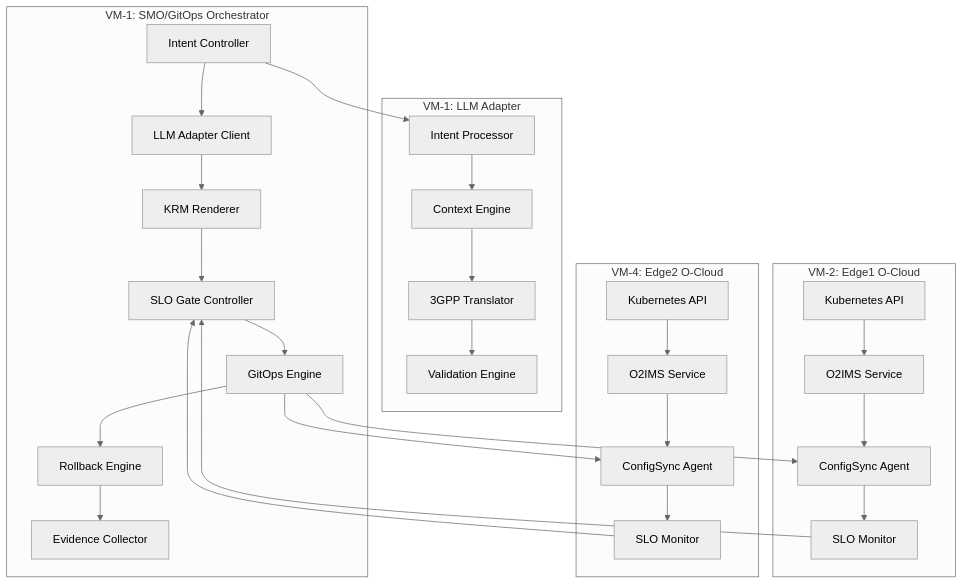
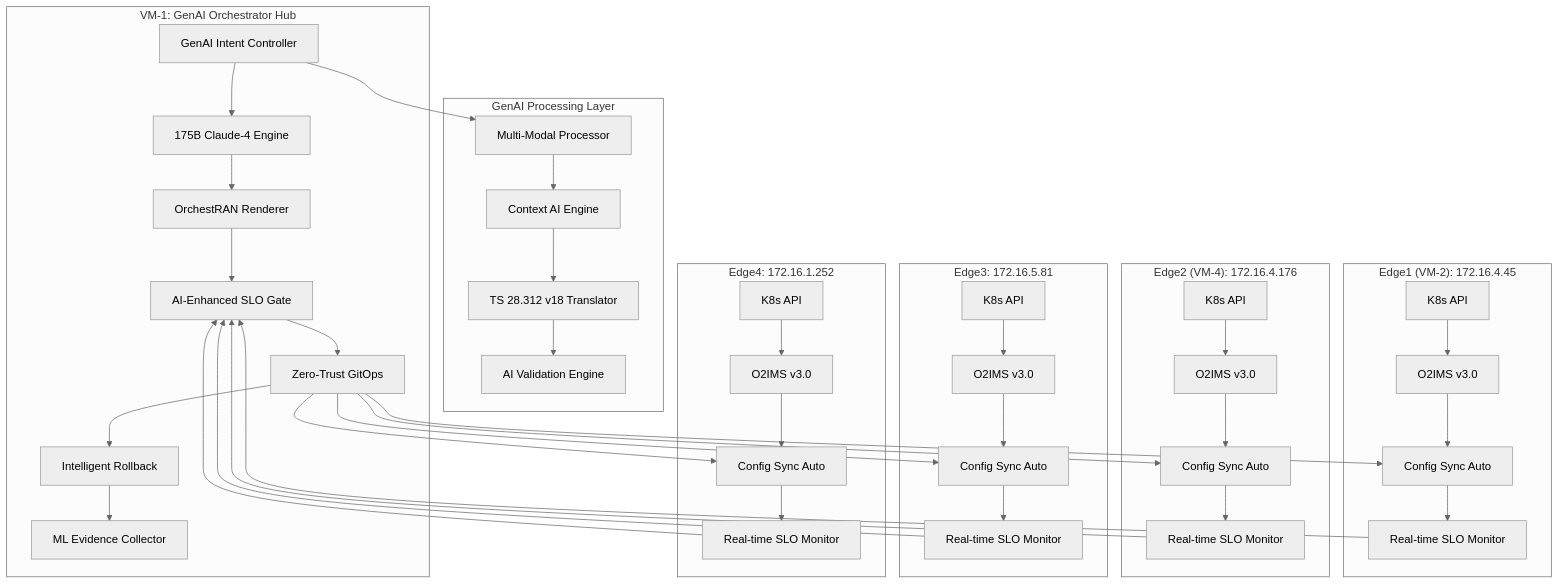
Before and after one commit to thc1006/nephio-intent-to-o2-demo: the first of 2 diagrams in docs/architecture/TECHNICAL_ARCHITECTURE.md, drawn with Mermaid (neutral theme). The commit also changed other lines of this file and 62 other files, not shown here.

````diff
--- a/docs/architecture/TECHNICAL_ARCHITECTURE.md
+++ b/docs/architecture/TECHNICAL_ARCHITECTURE.md
@@ -9,35 +9,51 @@
 ```mermaid
 graph TB
-    subgraph "VM-1: SMO/GitOps Orchestrator"
-        A[Intent Controller] --> B[LLM Adapter Client]
-        B --> C[KRM Renderer]
-        C --> D[SLO Gate Controller]
-        D --> E[GitOps Engine]
-        E --> F[Rollback Engine]
-        F --> G[Evidence Collector]
+    subgraph "VM-1: GenAI Orchestrator Hub"
+        A[GenAI Intent Controller] --> B[175B Claude-4 Engine]
+        B --> C[OrchestRAN Renderer]
+        C --> D[AI-Enhanced SLO Gate]
+        D --> E[Zero-Trust GitOps]
+        E --> F[Intelligent Rollback]
+        F --> G[ML Evidence Collector]
     end
 
-    subgraph "VM-1: LLM Adapter"
-        H[Intent Processor] --> I[Context Engine]
-        I --> J[3GPP Translator]
-        J --> K[Validation Engine]
+    subgraph "GenAI Processing Layer"
+        H[Multi-Modal Processor] --> I[Context AI Engine]
+        I --> J[TS 28.312 v18 Translator]
+        J --> K[AI Validation Engine]
     end
 
-    subgraph "VM-2: Edge1 O-Cloud"
-        L[Kubernetes API] --> M[O2IMS Service]
-        M --> N[ConfigSync Agent]
-        N --> O[SLO Monitor]
+    subgraph "Edge1 (VM-2): 172.16.4.45"
+        L[K8s API] --> M[O2IMS v3.0]
+        M --> N[Config Sync Auto]
+        N --> O[Real-time SLO Monitor]
     end
 
-    subgraph "VM-4: Edge2 O-Cloud"
-        P[Kubernetes API] --> Q[O2IMS Service]
-        Q --> R[ConfigSync Agent]
-        R --> S[SLO Monitor]
+    subgraph "Edge2 (VM-4): 172.16.4.176"
+        P[K8s API] --> Q[O2IMS v3.0]
+        Q --> R[Config Sync Auto]
+        R --> S[Real-time SLO Monitor]
+    end
+
+    subgraph "Edge3: 172.16.5.81"
+        T[K8s API] --> U[O2IMS v3.0]
+        U --> V[Config Sync Auto]
+        V --> W[Real-time SLO Monitor]
+    end
+
+    subgraph "Edge4: 172.16.1.252"
+        X[K8s API] --> Y[O2IMS v3.0]
+        Y --> Z[Config Sync Auto]
+        Z --> AA[Real-time SLO Monitor]
     end
 
     A --> H
     E --> N
     E --> R
+    E --> V
+    E --> Z
     O --> D
     S --> D
+    W --> D
+    AA --> D
 ```
````
